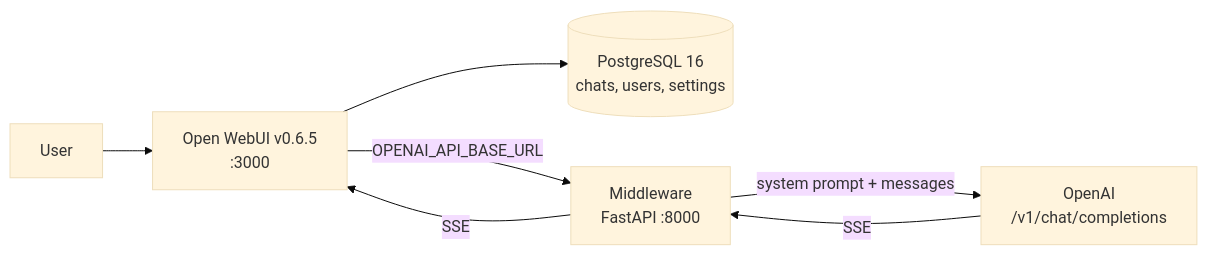
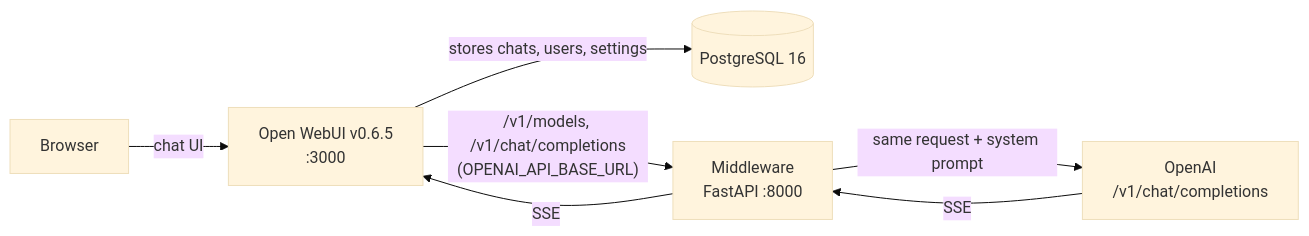
Before and after one commit to tomBold/openwebui-middleware: the first of 2 diagrams in README.md, drawn with Mermaid (base theme). The commit also changed other lines of this file, not shown here.

Commit message:
docs: label the architecture diagram, Open WebUI owns the state and the middleware is stateless

````diff
--- a/README.md
+++ b/README.md
@@ -21,8 +21,8 @@
 ```mermaid
 flowchart LR
-    User --> WebUI["Open WebUI v0.6.5<br/>:3000"]
-    WebUI --> DB[("PostgreSQL 16<br/>chats, users, settings")]
-    WebUI -->|OPENAI_API_BASE_URL| MW["Middleware<br/>FastAPI :8000"]
-    MW -->|"system prompt + messages"| OpenAI["OpenAI<br/>/v1/chat/completions"]
+    User[Browser] -->|chat UI| WebUI["Open WebUI v0.6.5<br/>:3000"]
+    WebUI -->|"stores chats, users, settings"| DB[("PostgreSQL 16")]
+    WebUI -->|"/v1/models, /v1/chat/completions<br/>(OPENAI_API_BASE_URL)"| MW["Middleware<br/>FastAPI :8000"]
+    MW -->|"same request + system prompt"| OpenAI["OpenAI<br/>/v1/chat/completions"]
     OpenAI -->|SSE| MW -->|SSE| WebUI
 ```
````
